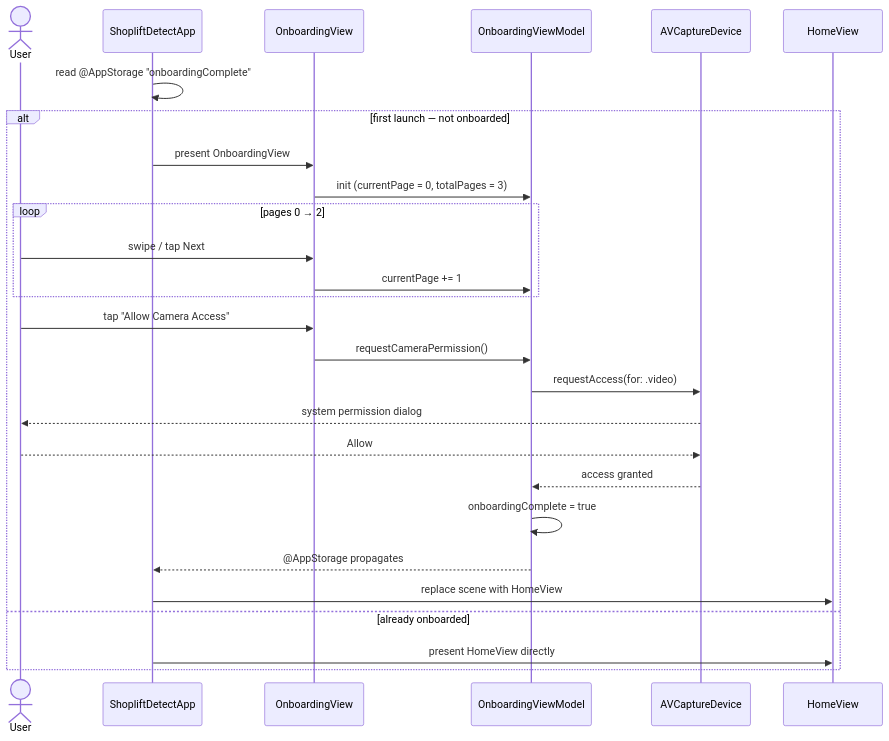
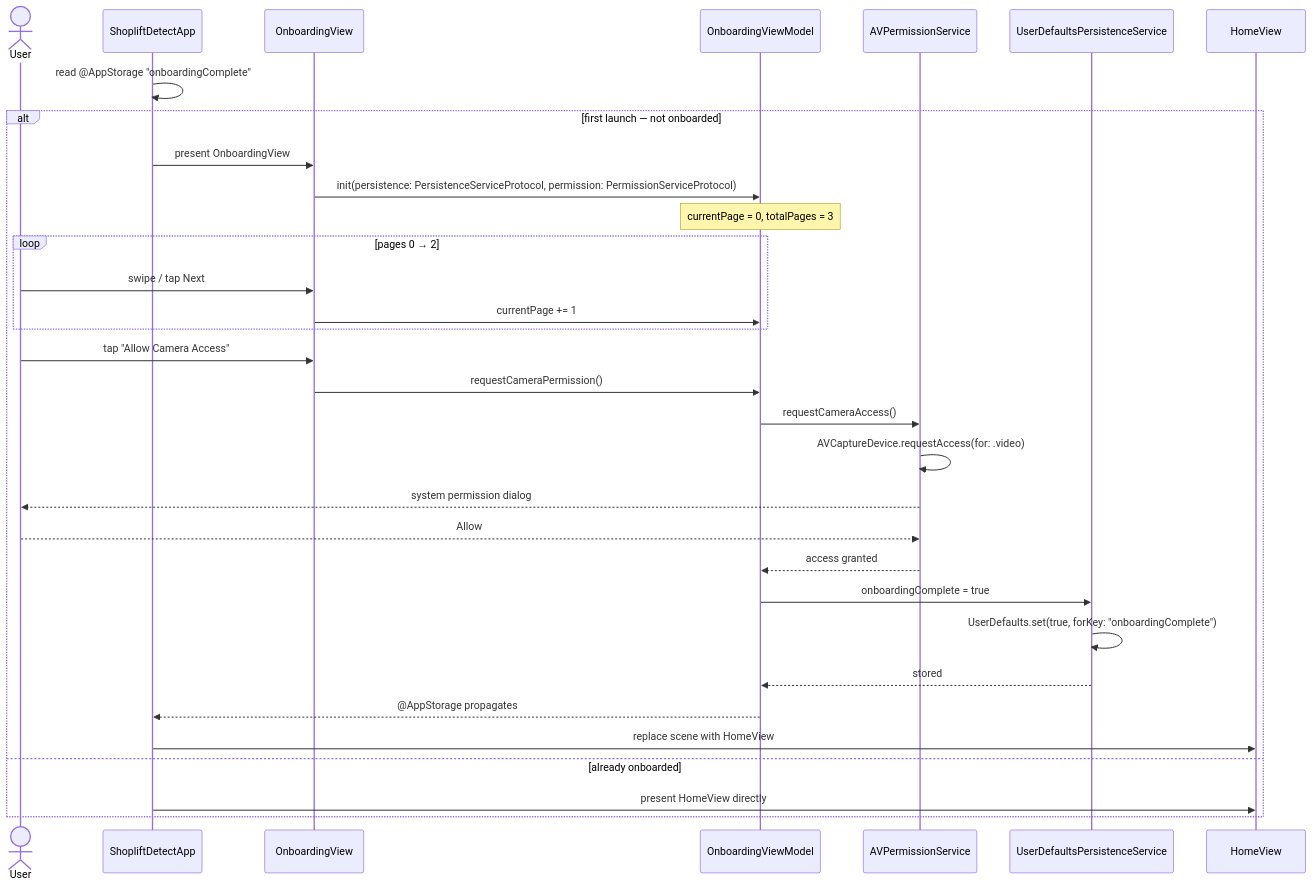
Before and after one commit to cthadeufaria/computer-vision-shoplifting-detection: the first of 3 diagrams in ios/uml-sequence-diagram.md, drawn with Mermaid. The commit also changed other lines of this file and 7 other files, not shown here.

````diff
--- a/ios/uml-sequence-diagram.md
+++ b/ios/uml-sequence-diagram.md
@@ -7,34 +7,39 @@
 ```mermaid
 sequenceDiagram
     actor User
     participant App  as ShopliftDetectApp
     participant OV   as OnboardingView
     participant OVM  as OnboardingViewModel
-    participant AVF  as AVCaptureDevice
+    participant PS   as AVPermissionService
+    participant PES  as UserDefaultsPersistenceService
     participant HV   as HomeView
 
     App->>App: read @AppStorage "onboardingComplete"
 
     alt first launch — not onboarded
         App->>OV: present OnboardingView
-        OV->>OVM: init (currentPage = 0, totalPages = 3)
+        OV->>OVM: init(persistence: PersistenceServiceProtocol, permission: PermissionServiceProtocol)
+        Note over OVM: currentPage = 0, totalPages = 3
 
         loop pages 0 → 2
             User->>OV: swipe / tap Next
             OV->>OVM: currentPage += 1
         end
 
         User->>OV: tap "Allow Camera Access"
         OV->>OVM: requestCameraPermission()
-        OVM->>AVF: requestAccess(for: .video)
-        AVF-->>User: system permission dialog
-        User-->>AVF: Allow
-        AVF-->>OVM: access granted
-        OVM->>OVM: onboardingComplete = true
+        OVM->>PS: requestCameraAccess()
+        PS->>PS: AVCaptureDevice.requestAccess(for: .video)
+        PS-->>User: system permission dialog
+        User-->>PS: Allow
+        PS-->>OVM: access granted
+        OVM->>PES: onboardingComplete = true
+        PES->>PES: UserDefaults.set(true, forKey: "onboardingComplete")
+        PES-->>OVM: stored
         OVM-->>App: @AppStorage propagates
         App->>HV: replace scene with HomeView
 
     else already onboarded
         App->>HV: present HomeView directly
     end
 ```
````
